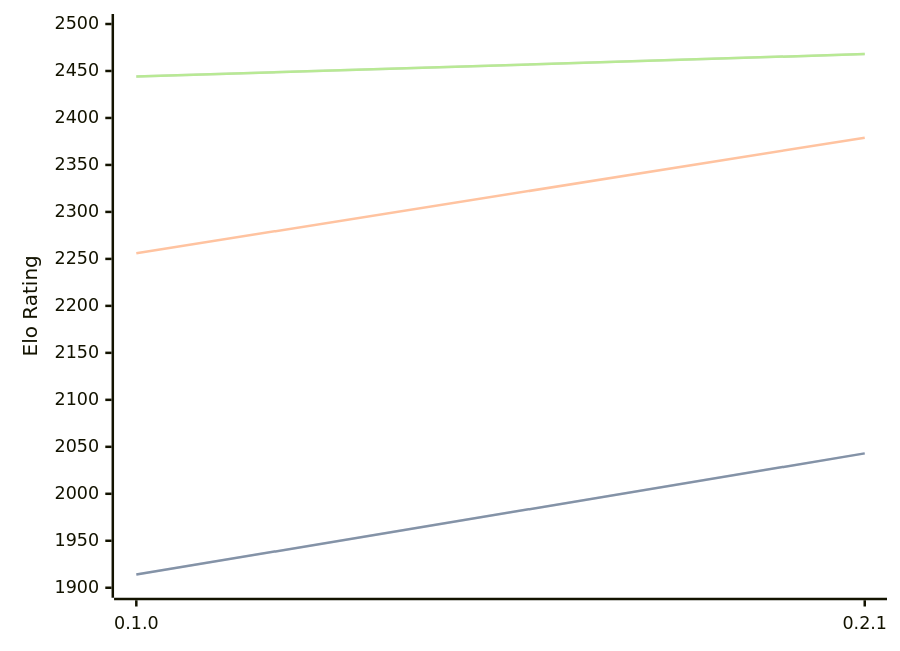
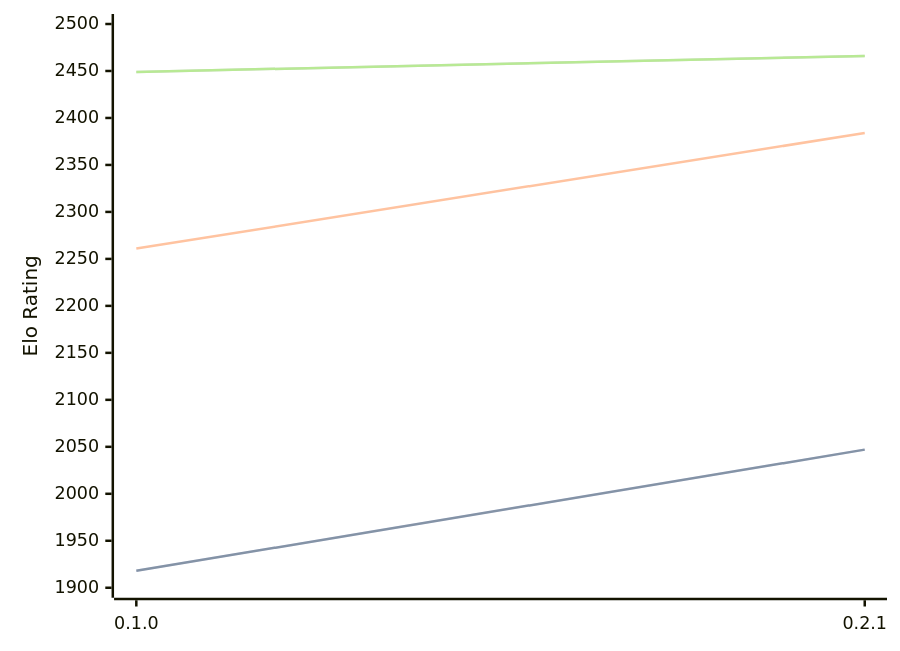
The diagram in engines/Sykora.md (computer-chess-index/cci), drawn with Mermaid before and after one commit. The commit also changed other lines of this file, not shown here.

Commit message:
Update CCI Ratings (ELO VLTC) - 2026-04-14

````diff
--- a/engines/Sykora.md
+++ b/engines/Sykora.md
@@ -33,11 +33,11 @@
 ```mermaid
 %%{init: {"theme":"base","themeVariables":{"seriesColors:['#a3a3a3','#222221','#faa371']}}}%%
 xychart-beta
   x-axis ["0.1.0", "0.2.1"]
   y-axis "Elo Rating" 1900 --> 2500
-  line "STC (8.0+0.08s)" [1914, 2043]
-  line "STC (8.0+0.08s)" [1914, 2043]
-  line "LTC (60.0+0.60s)" [2256, 2379]
-  line "VLTC (2m24s+1.12s)" [2444, 2468]
-  line "VLTC (2m24s+1.12s)" [2444, 2468]
+  line "STC (8.0+0.08s)" [1918, 2047]
+  line "STC (8.0+0.08s)" [1918, 2047]
+  line "LTC (60.0+0.60s)" [2261, 2384]
+  line "VLTC (2m24s+1.12s)" [2449, 2466]
+  line "VLTC (2m24s+1.12s)" [2449, 2466]
 ```
````
